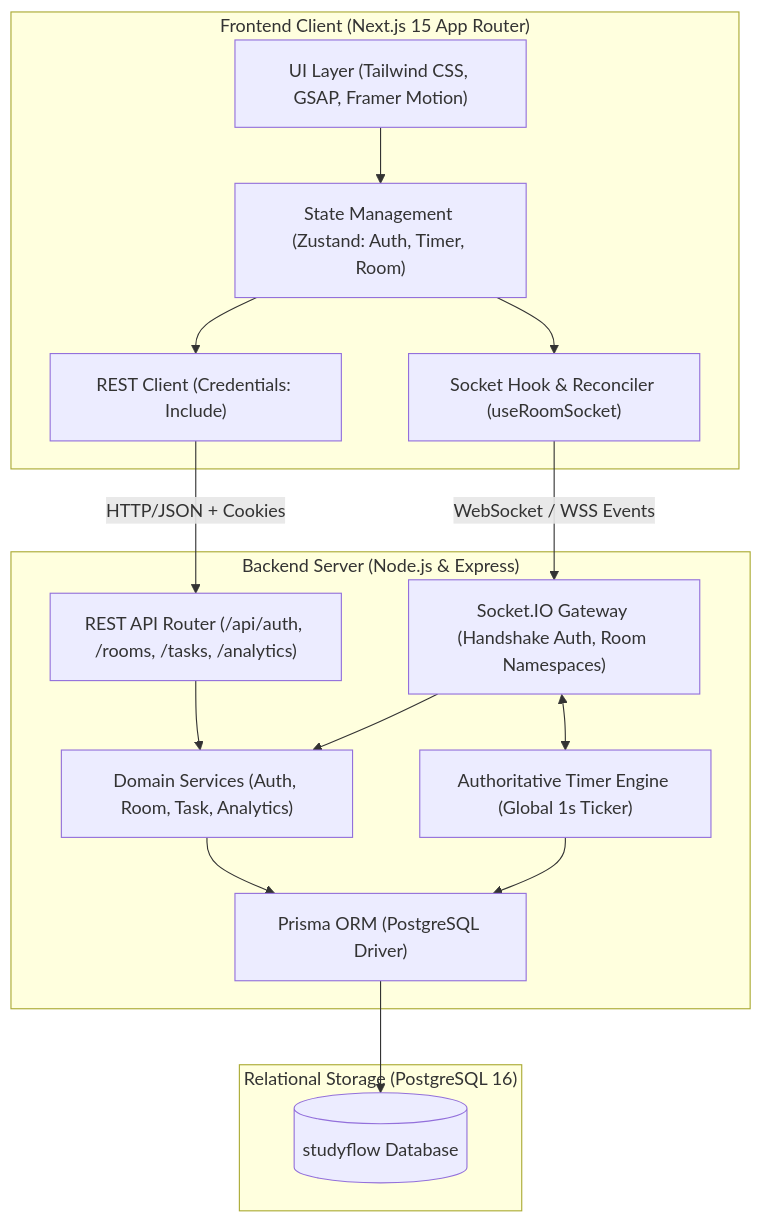
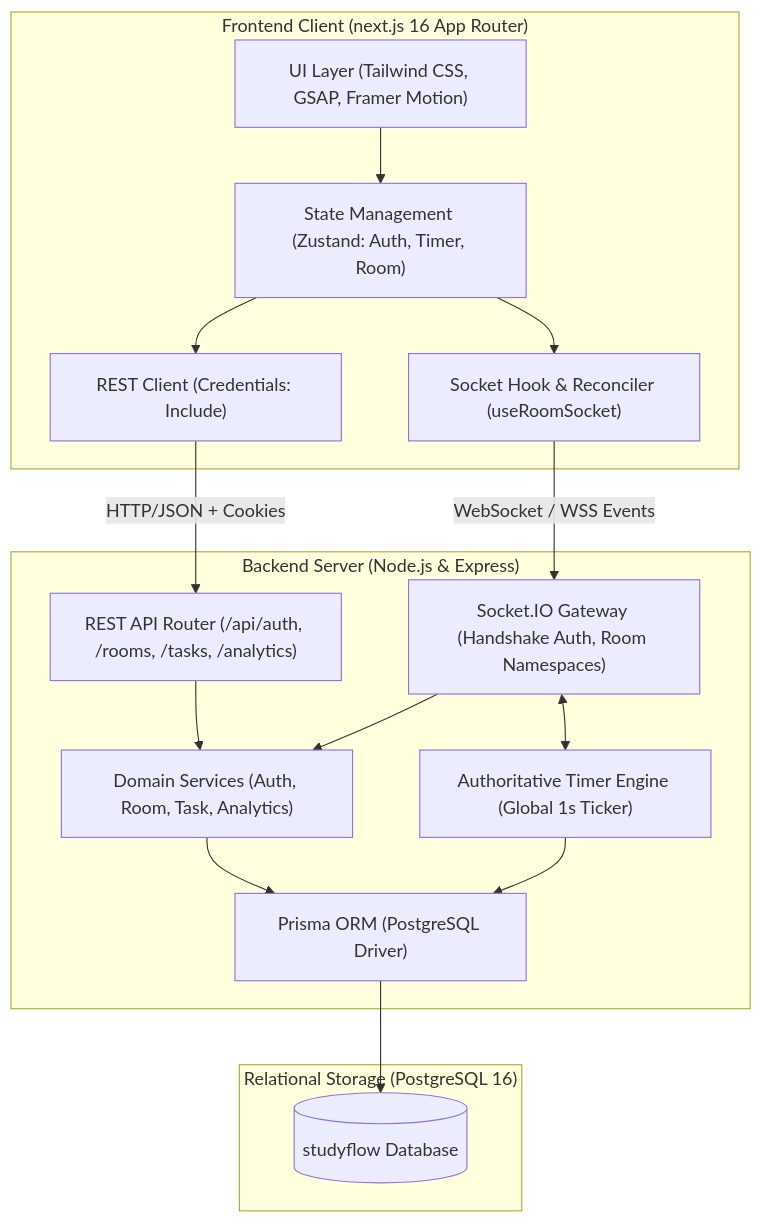
Before and after one commit to search4asraful/studyflow: the first of 4 diagrams in docs/ACADEMIC_DEFENSE.md, drawn with Mermaid. The commit also changed other lines of this file and 21 other files, not shown here.

````diff
--- a/docs/ACADEMIC_DEFENSE.md
+++ b/docs/ACADEMIC_DEFENSE.md
@@ -21,33 +21,33 @@
 ```mermaid
 flowchart TD
-    subgraph Client["Frontend Client (Next.js 15 App Router)"]
+    subgraph Client["Frontend Client (next.js 16 App Router)"]
         UI["UI Layer (Tailwind CSS, GSAP, Framer Motion)"]
         Stores["State Management (Zustand: Auth, Timer, Room)"]
         SocketHook["Socket Hook & Reconciler (useRoomSocket)"]
         ApiClient["REST Client (Credentials: Include)"]
     end
 
     subgraph Server["Backend Server (Node.js & Express)"]
         RestRouter["REST API Router (/api/auth, /rooms, /tasks, /analytics)"]
         SocketGateway["Socket.IO Gateway (Handshake Auth, Room Namespaces)"]
         TimerEngine["Authoritative Timer Engine (Global 1s Ticker)"]
         Services["Domain Services (Auth, Room, Task, Analytics)"]
         PrismaORM["Prisma ORM (PostgreSQL Driver)"]
     end
 
     subgraph Database["Relational Storage (PostgreSQL 16)"]
         PG[("studyflow Database")]
     end
 
     UI --> Stores
     Stores --> SocketHook
     Stores --> ApiClient
     ApiClient -->|HTTP/JSON + Cookies| RestRouter
     SocketHook -->|WebSocket / WSS Events| SocketGateway
     RestRouter --> Services
     SocketGateway --> Services
     SocketGateway <--> TimerEngine
     Services --> PrismaORM
     TimerEngine --> PrismaORM
     PrismaORM --> PG
 ```
````
